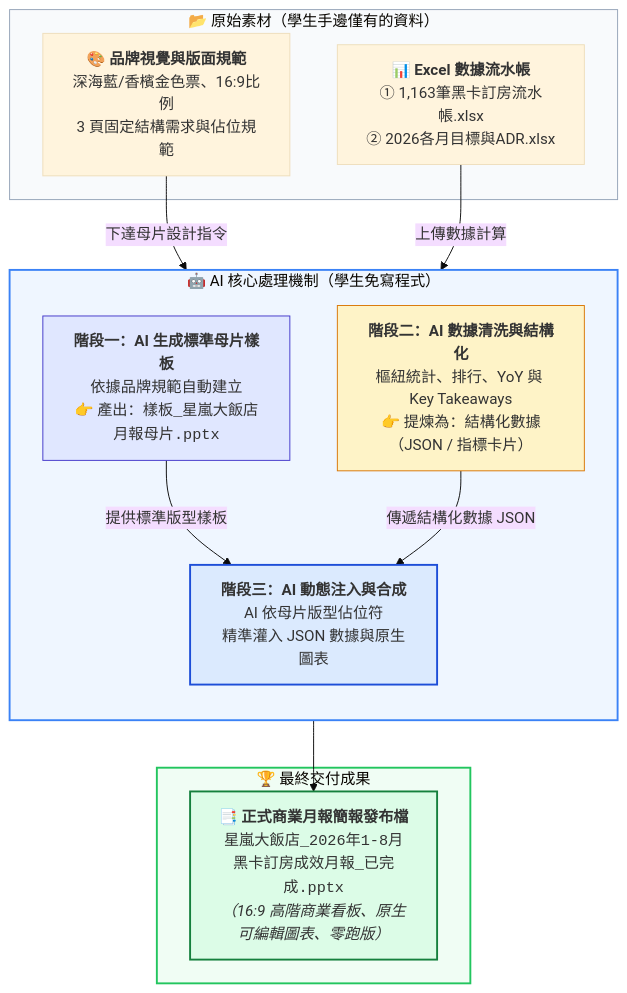
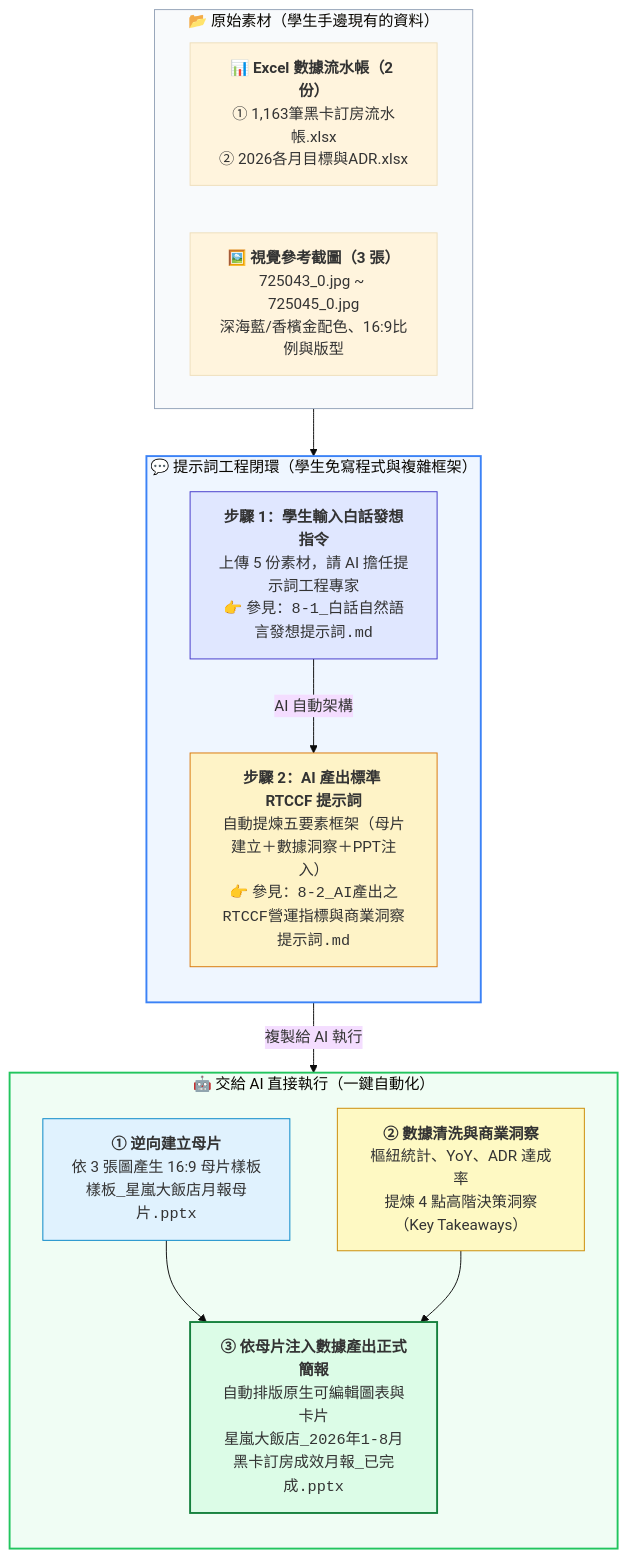
The diagram in 常見的AI應用/實戰範例/訂房月報統計與 PPT 自動化/README.md (roberthsu2003/workflow-productivity), drawn with Mermaid (base theme) before and after one commit. The commit also changed other lines of this file, not shown here.

````diff
--- a/常見的AI應用/實戰範例/訂房月報統計與 PPT 自動化/README.md
+++ b/常見的AI應用/實戰範例/訂房月報統計與 PPT 自動化/README.md
@@ -89,32 +89,35 @@
 ```mermaid
 flowchart TD
-    subgraph InputPhase ["📂 原始素材（學生手邊僅有的資料）"]
-        ExcelData["📊 <b>Excel 數據流水帳</b><br/>① 1,163筆黑卡訂房流水帳.xlsx<br/>② 2026各月目標與ADR.xlsx"]
-        DesignReq["🎨 <b>品牌視覺與版面規範</b><br/>深海藍/香檳金色票、16:9比例<br/>3 頁固定結構需求與佔位規範"]
+    subgraph InputPhase ["📂 原始素材（學生手邊現有的資料）"]
+        ExcelData["📊 <b>Excel 數據流水帳（2 份）</b><br/>① 1,163筆黑卡訂房流水帳.xlsx<br/>② 2026各月目標與ADR.xlsx"]
+        DesignReq["🖼️ <b>視覺參考截圖（3 張）</b><br/>725043_0.jpg ~ 725045_0.jpg<br/>深海藍/香檳金配色、16:9比例與版型"]
     end
 
-    subgraph AIProcessing ["🤖 AI 核心處理機制（學生免寫程式）"]
+    subgraph PromptEngineering ["💬 提示詞工程閉環（學生免寫程式與複雜框架）"]
         direction TB
-        GenMaster["<b>階段一：AI 生成標準母片樣板</b><br/>依據品牌規範自動建立<br/>👉 產出：<code>樣板_星嵐大飯店月報母片.pptx</code>"]
-        ParseJSON["<b>階段二：AI 數據清洗與結構化</b><br/>樞紐統計、排行、YoY 與 Key Takeaways<br/>👉 提煉為：結構化數據（JSON / 指標卡片）"]
-        MergeEngine["<b>階段三：AI 動態注入與合成</b><br/>AI 依母片版型佔位符<br/>精準灌入 JSON 數據與原生圖表"]
+        Step1["<b>步驟 1：學生輸入白話發想指令</b><br/>上傳 5 份素材，請 AI 擔任提示詞工程專家<br/>👉 參見：<code>8-1_白話自然語言發想提示詞.md</code>"]
+        Step2["<b>步驟 2：AI 產出標準 RTCCF 提示詞</b><br/>自動提煉五要素框架（母片建立＋數據洞察＋PPT注入）<br/>👉 參見：<code>8-2_AI產出之RTCCF營運指標與商業洞察提示詞.md</code>"]
+        Step1 -->|AI 自動架構| Step2
     end
 
-    subgraph OutputPhase ["🏆 最終交付成果"]
-        FinalPPT["📑 <b>正式商業月報簡報發布檔</b><br/><code>星嵐大飯店_2026年1-8月黑卡訂房成效月報_已完成.pptx</code><br/><i>（16:9 高階商業看板、原生可編輯圖表、零跑版）</i>"]
+    subgraph AIExecution ["🤖 交給 AI 直接執行（一鍵自動化）"]
+        direction TB
+        GenMaster["<b>① 逆向建立母片</b><br/>依 3 張圖產生 16:9 母片樣板<br/><code>樣板_星嵐大飯店月報母片.pptx</code>"]
+        ParseData["<b>② 數據清洗與商業洞察</b><br/>樞紐統計、YoY、ADR 達成率<br/>提煉 4 點高階決策洞察（Key Takeaways）"]
+        MergePPT["<b>③ 依母片注入數據產出正式簡報</b><br/>自動排版原生可編輯圖表與卡片<br/><code>星嵐大飯店_2026年1-8月黑卡訂房成效月報_已完成.pptx</code>"]
+        GenMaster --> MergePPT
+        ParseData --> MergePPT
     end
 
-    DesignReq -->|下達母片設計指令| GenMaster
-    ExcelData -->|上傳數據計算| ParseJSON
-    GenMaster -->|提供標準版型樣板| MergeEngine
-    ParseJSON -->|傳遞結構化數據 JSON| MergeEngine
-    MergeEngine --> FinalPPT
+    InputPhase --> Step1
+    Step2 -->|複製給 AI 執行| AIExecution
 
     style InputPhase fill:#f8fafc,stroke:#94a3b8,stroke-width:1px
-    style AIProcessing fill:#eff6ff,stroke:#3b82f6,stroke-width:2px
-    style OutputPhase fill:#f0fdf4,stroke:#22c55e,stroke-width:2px
-    style GenMaster fill:#e0e7ff,stroke:#4338ca,stroke-width:1px
-    style ParseJSON fill:#fef3c7,stroke:#d97706,stroke-width:1px
-    style MergeEngine fill:#dbeafe,stroke:#1d4ed8,stroke-width:2px
-    style FinalPPT fill:#dcfce7,stroke:#15803d,stroke-width:2px
+    style PromptEngineering fill:#eff6ff,stroke:#3b82f6,stroke-width:2px
+    style AIExecution fill:#f0fdf4,stroke:#22c55e,stroke-width:2px
+    style Step1 fill:#e0e7ff,stroke:#4338ca,stroke-width:1px
+    style Step2 fill:#fef3c7,stroke:#d97706,stroke-width:1px
+    style GenMaster fill:#e0f2fe,stroke:#0284c7,stroke-width:1px
+    style ParseData fill:#fef9c3,stroke:#ca8a04,stroke-width:1px
+    style MergePPT fill:#dcfce7,stroke:#15803d,stroke-width:2px
 ```
````
